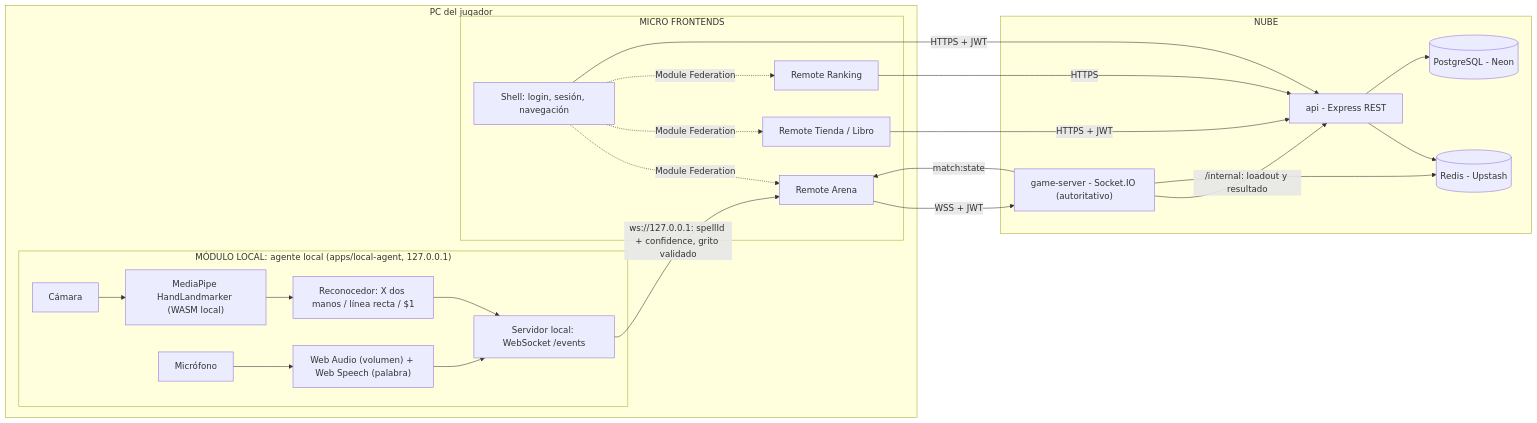
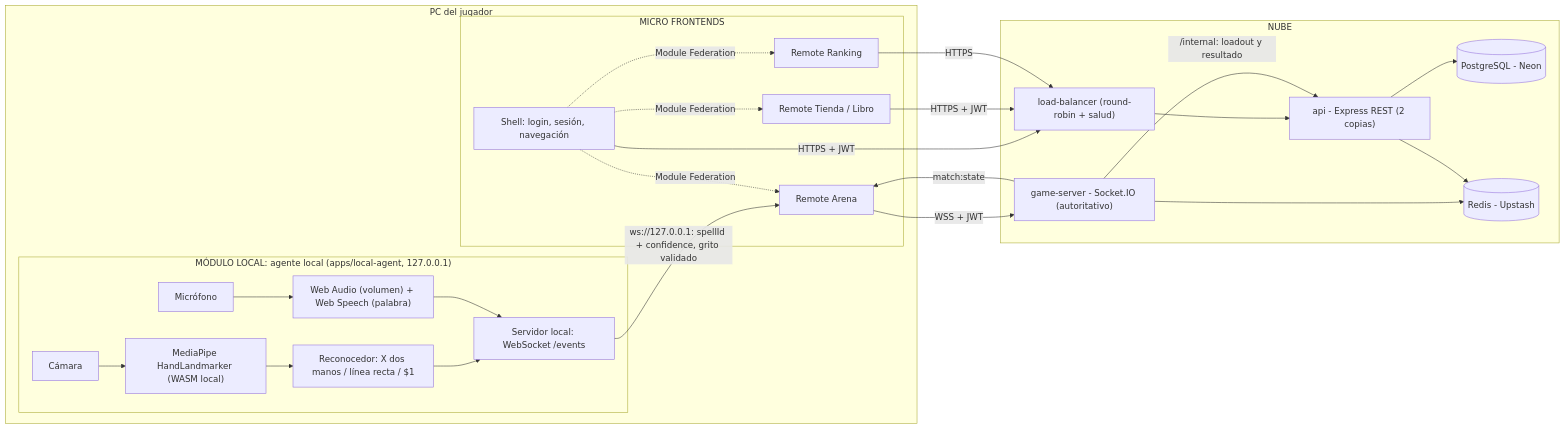
One commit to Felipe-espitia28/batalla_de_hechizeros changed the diagram in CLAUDE.md. Above: the diagram before and after it, drawn with Mermaid. The commit also changed other lines of this file and 12 other files, not shown here.

Commit message:
feat(load-balancer): balanceador de cargas del api con revisión de salud

````diff
--- a/CLAUDE.md
+++ b/CLAUDE.md
@@ -96,37 +98,39 @@
 ```mermaid
 flowchart LR
   subgraph DISP["PC del jugador"]
     subgraph LOCAL["MÓDULO LOCAL: agente local (apps/local-agent, 127.0.0.1)"]
       CAM["Cámara"] --> MP["MediaPipe HandLandmarker (WASM local)"]
       MP --> REC["Reconocedor: X dos manos / línea recta / $1"]
       MIC["Micrófono"] --> VOZ["Web Audio (volumen) + Web Speech (palabra)"]
       REC --> AG["Servidor local: WebSocket /events"]
       VOZ --> AG
     end
     subgraph MFE["MICRO FRONTENDS"]
       SHELL["Shell: login, sesión, navegación"]
       ARENA["Remote Arena"]
       TIENDA["Remote Tienda / Libro"]
       RANK["Remote Ranking"]
     end
     AG -- "ws://127.0.0.1: spellId + confidence, grito validado" --> ARENA
     SHELL -. "Module Federation" .-> ARENA
     SHELL -. "Module Federation" .-> TIENDA
     SHELL -. "Module Federation" .-> RANK
   end
   subgraph NUBE["NUBE"]
     GS["game-server - Socket.IO (autoritativo)"]
-    API["api - Express REST"]
+    LB["load-balancer (round-robin + salud)"]
+    API["api - Express REST (2 copias)"]
+    LB --> API
     PG[("PostgreSQL - Neon")]
     RD[("Redis - Upstash")]
   end
   ARENA -- "WSS + JWT" --> GS
   GS -- "match:state" --> ARENA
-  SHELL -- "HTTPS + JWT" --> API
-  TIENDA -- "HTTPS + JWT" --> API
-  RANK -- "HTTPS" --> API
+  SHELL -- "HTTPS + JWT" --> LB
+  TIENDA -- "HTTPS + JWT" --> LB
+  RANK -- "HTTPS" --> LB
   GS -- "/internal: loadout y resultado" --> API
   GS --> RD
   API --> RD
   API --> PG
 ```
````
